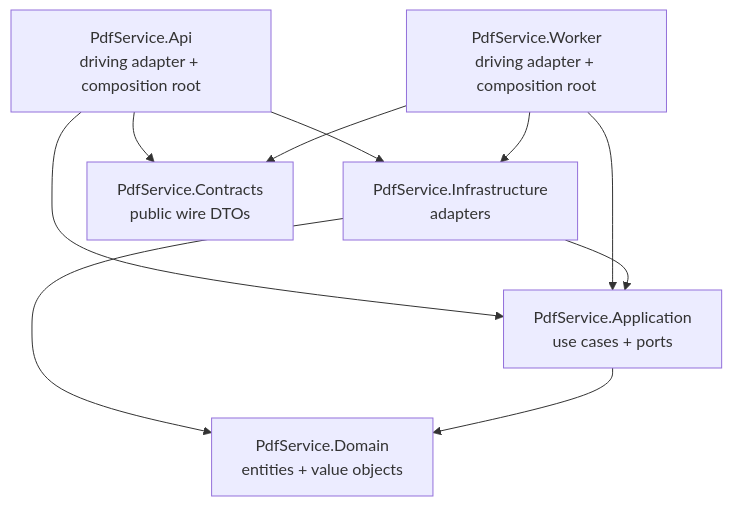
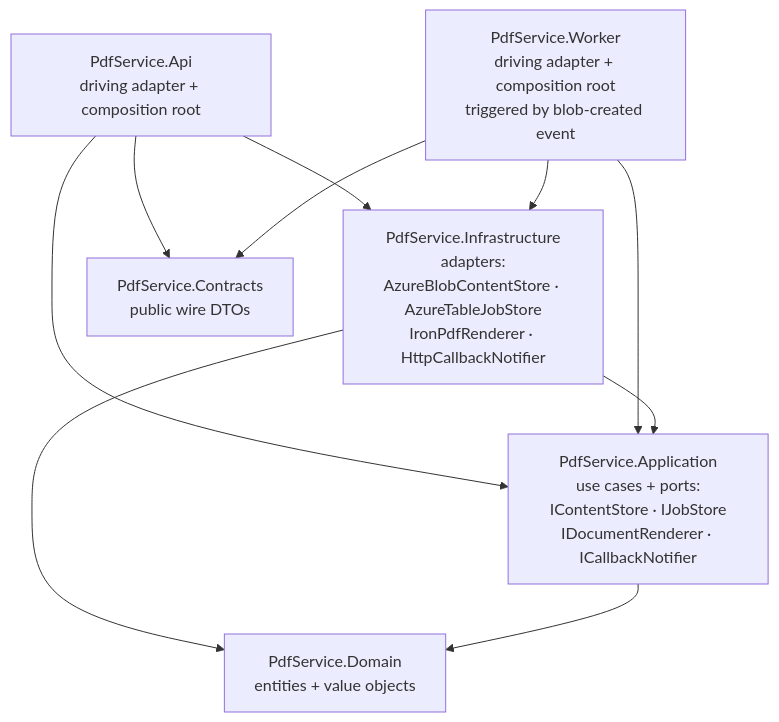
The fifth of 5 diagrams in PDFGenerator/pdf-generation-service-flow.md (ctorresunimag95/Designs), drawn with Mermaid before and after one commit. The commit also changed other lines of this file and 1 other file, not shown here.

Commit message:
update pdf gen

````diff
--- a/PDFGenerator/pdf-generation-service-flow.md
+++ b/PDFGenerator/pdf-generation-service-flow.md
@@ -131,19 +138,19 @@
 ```mermaid
 flowchart TD
     Api[PdfService.Api<br/>driving adapter + composition root]
-    Worker[PdfService.Worker<br/>driving adapter + composition root]
-    Infra[PdfService.Infrastructure<br/>adapters]
-    App[PdfService.Application<br/>use cases + ports]
+    Worker[PdfService.Worker<br/>driving adapter + composition root<br/>triggered by blob-created event]
+    Infra[PdfService.Infrastructure<br/>adapters:<br/>AzureBlobContentStore · AzureTableJobStore<br/>IronPdfRenderer · HttpCallbackNotifier]
+    App[PdfService.Application<br/>use cases + ports:<br/>IContentStore · IJobStore<br/>IDocumentRenderer · ICallbackNotifier]
     Domain[PdfService.Domain<br/>entities + value objects]
     Contracts[PdfService.Contracts<br/>public wire DTOs]
 
     Api --> App
     Api --> Infra
     Api --> Contracts
     Worker --> App
     Worker --> Infra
     Worker --> Contracts
     Infra --> App
     Infra --> Domain
     App --> Domain
 ```
````
